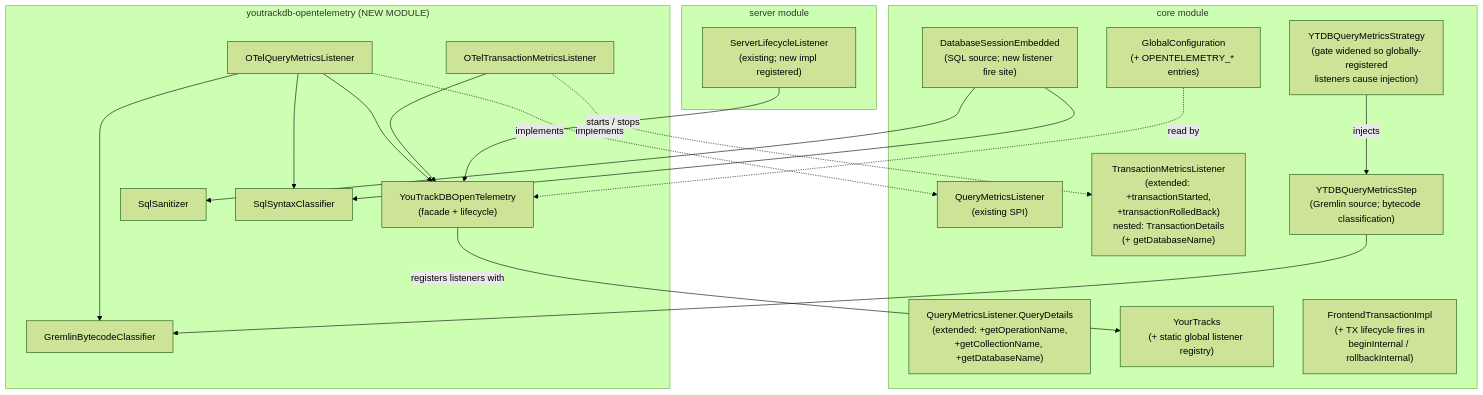
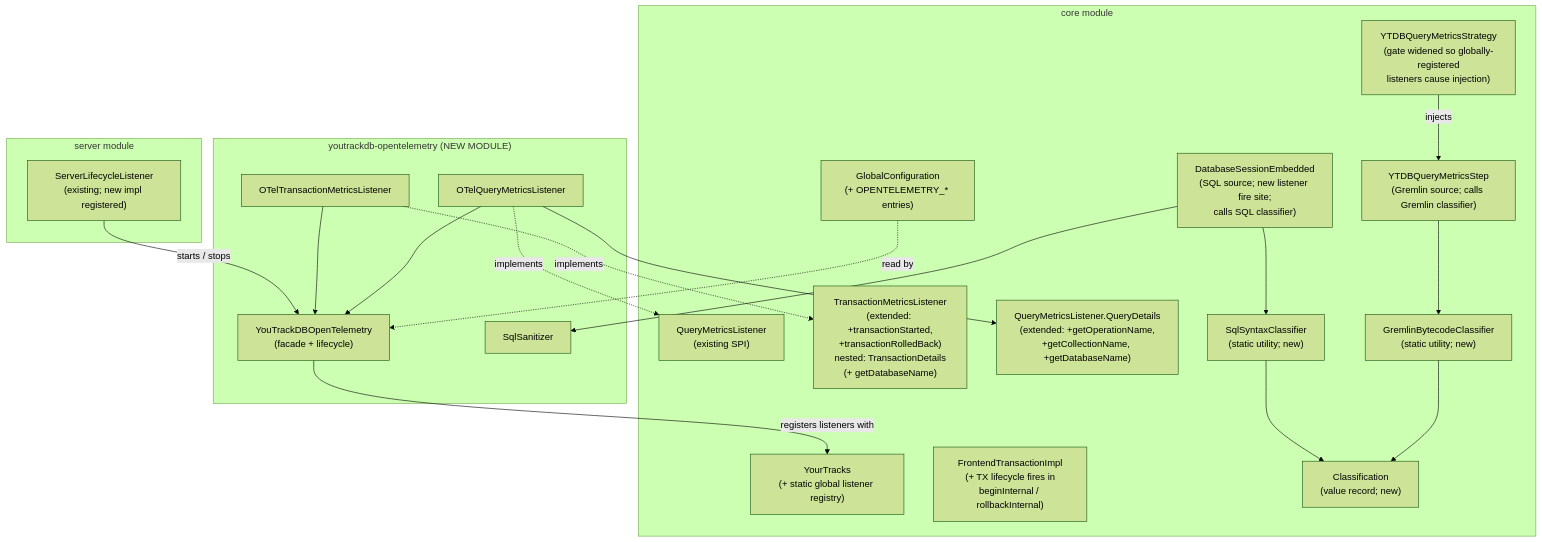
The diagram in docs/adr/ytdb-496-opentelemetry-support/_workflow/implementation-plan.md (JetBrains/youtrackdb), drawn with Mermaid (forest theme) before and after one commit. The commit also changed other lines of this file and 5 other files, not shown here.

First line of the commit message:
Inline replan: drop QueryClassifier SPI, use static helpers in core

````diff
--- a/docs/adr/ytdb-496-opentelemetry-support/_workflow/implementation-plan.md
+++ b/docs/adr/ytdb-496-opentelemetry-support/_workflow/implementation-plan.md
@@ -30,41 +30,43 @@
 ```mermaid
 flowchart TB
     subgraph core["core module"]
         QML["QueryMetricsListener<br/>(existing SPI)"]
         TML["TransactionMetricsListener<br/>(extended: +transactionStarted,<br/>+transactionRolledBack)<br/>nested: TransactionDetails<br/>(+ getDatabaseName)"]
         QD["QueryMetricsListener.QueryDetails<br/>(extended: +getOperationName,<br/>+getCollectionName, +getDatabaseName)"]
         YOU["YourTracks<br/>(+ static global listener registry)"]
         TX["FrontendTransactionImpl<br/>(+ TX lifecycle fires in<br/>beginInternal / rollbackInternal)"]
-        STEP["YTDBQueryMetricsStep<br/>(Gremlin source; bytecode classification)"]
+        STEP["YTDBQueryMetricsStep<br/>(Gremlin source; calls Gremlin classifier)"]
         STRAT["YTDBQueryMetricsStrategy<br/>(gate widened so globally-registered<br/>listeners cause injection)"]
-        DSE["DatabaseSessionEmbedded<br/>(SQL source; new listener fire site)"]
+        DSE["DatabaseSessionEmbedded<br/>(SQL source; new listener fire site;<br/>calls SQL classifier)"]
+        GCLS["GremlinBytecodeClassifier<br/>(static utility; new)"]
+        SCLS["SqlSyntaxClassifier<br/>(static utility; new)"]
+        CLR["Classification<br/>(value record; new)"]
         GC["GlobalConfiguration<br/>(+ OPENTELEMETRY_* entries)"]
     end
 
     subgraph server["server module"]
         SLL["ServerLifecycleListener<br/>(existing; new impl registered)"]
     end
 
     subgraph otel["youtrackdb-opentelemetry (NEW MODULE)"]
         OTQ["OTelQueryMetricsListener"]
         OTT["OTelTransactionMetricsListener"]
         FAC["YouTrackDBOpenTelemetry<br/>(facade + lifecycle)"]
-        GCLS["GremlinBytecodeClassifier"]
         SQLS["SqlSanitizer"]
-        SCLS["SqlSyntaxClassifier"]
     end
 
     OTQ -.implements.-> QML
     OTT -.implements.-> TML
-    OTQ --> GCLS
-    OTQ --> SCLS
     OTQ --> FAC
     OTT --> FAC
+    OTQ --> QD
     FAC -- "registers listeners with" --> YOU
     SLL -- "starts / stops" --> FAC
     STEP --> GCLS
     STRAT -- "injects" --> STEP
+    DSE --> SCLS
     DSE --> SQLS
-    DSE --> SCLS
+    GCLS --> CLR
+    SCLS --> CLR
     GC -. read by .-> FAC
 ```
````
